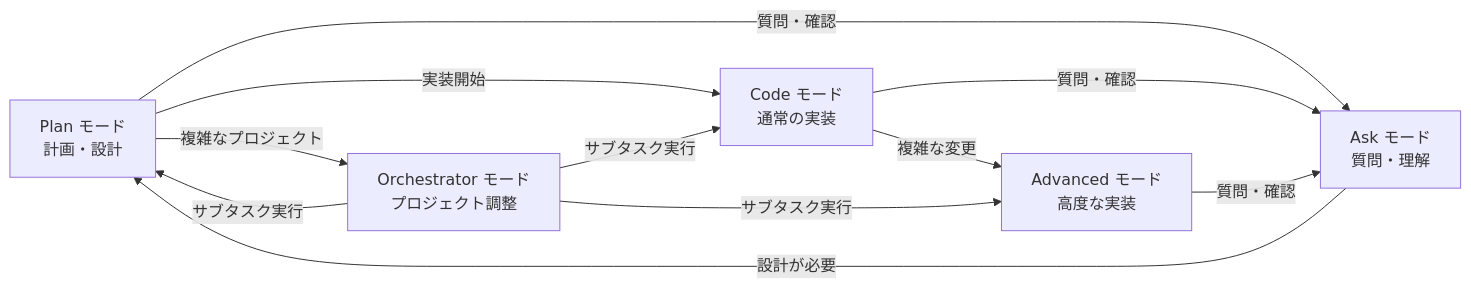
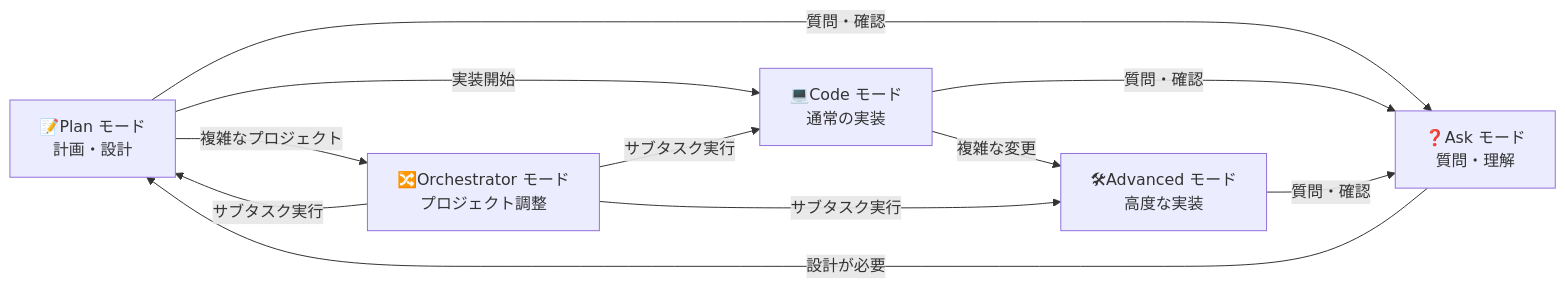
Before and after one commit to ekinishi-jp/bob-handson-rental-app: the diagram in README.md, drawn with Mermaid. The commit also changed other lines of this file, not shown here.

````diff
--- a/README.md
+++ b/README.md
@@ -24,13 +24,13 @@
 ```mermaid
 graph LR
-    A[Plan モード<br/>計画・設計] -->|実装開始| B[Code モード<br/>通常の実装]
-    B -->|複雑な変更| C[Advanced モード<br/>高度な実装]
-    A -->|質問・確認| D[Ask モード<br/>質問・理解]
+    A[📝Plan モード<br/>計画・設計] -->|実装開始| B[💻Code モード<br/>通常の実装]
+    B -->|複雑な変更| C[🛠Advanced モード<br/>高度な実装]
+    A -->|質問・確認| D[❓Ask モード<br/>質問・理解]
     B -->|質問・確認| D
     C -->|質問・確認| D
     D -->|設計が必要| A
-    E[Orchestrator モード<br/>プロジェクト調整] -->|サブタスク実行| A
+    E[🔀Orchestrator モード<br/>プロジェクト調整] -->|サブタスク実行| A
     E -->|サブタスク実行| B
     E -->|サブタスク実行| C
     A -->|複雑なプロジェクト| E
 ```
````
